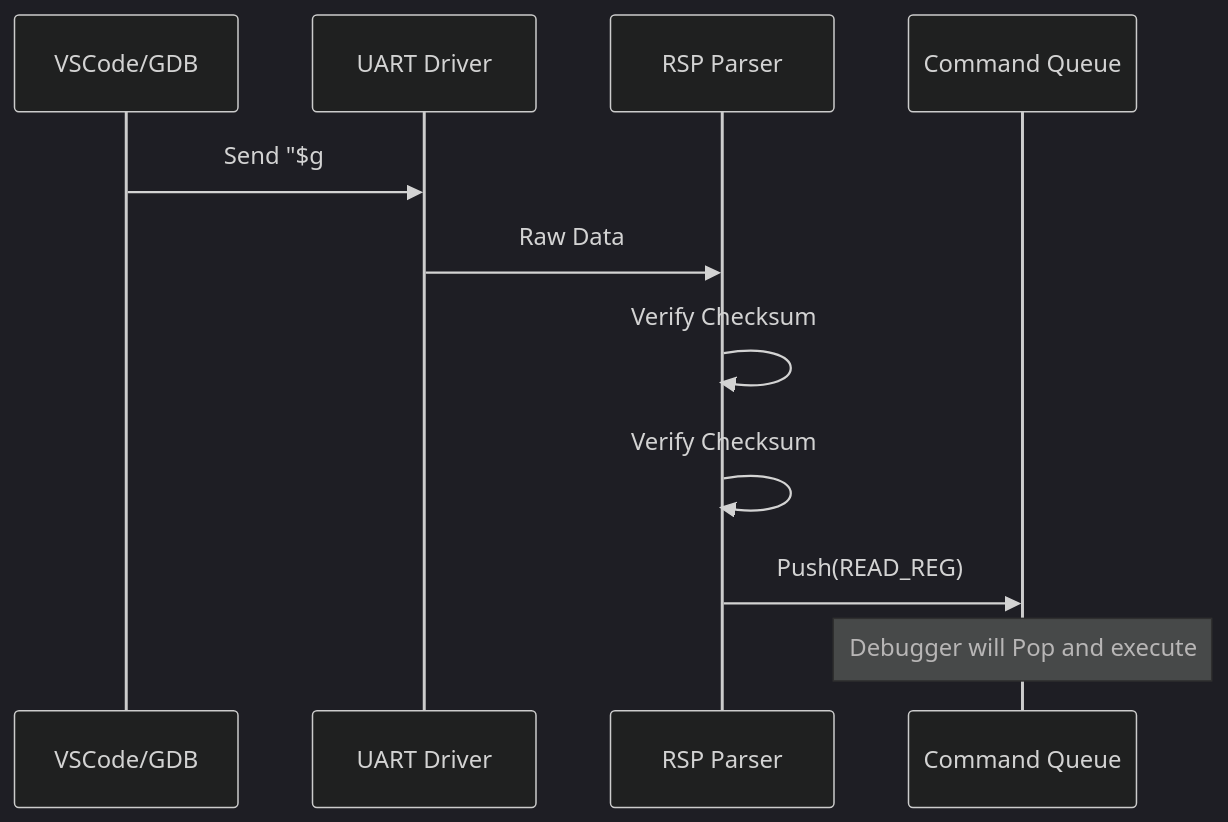
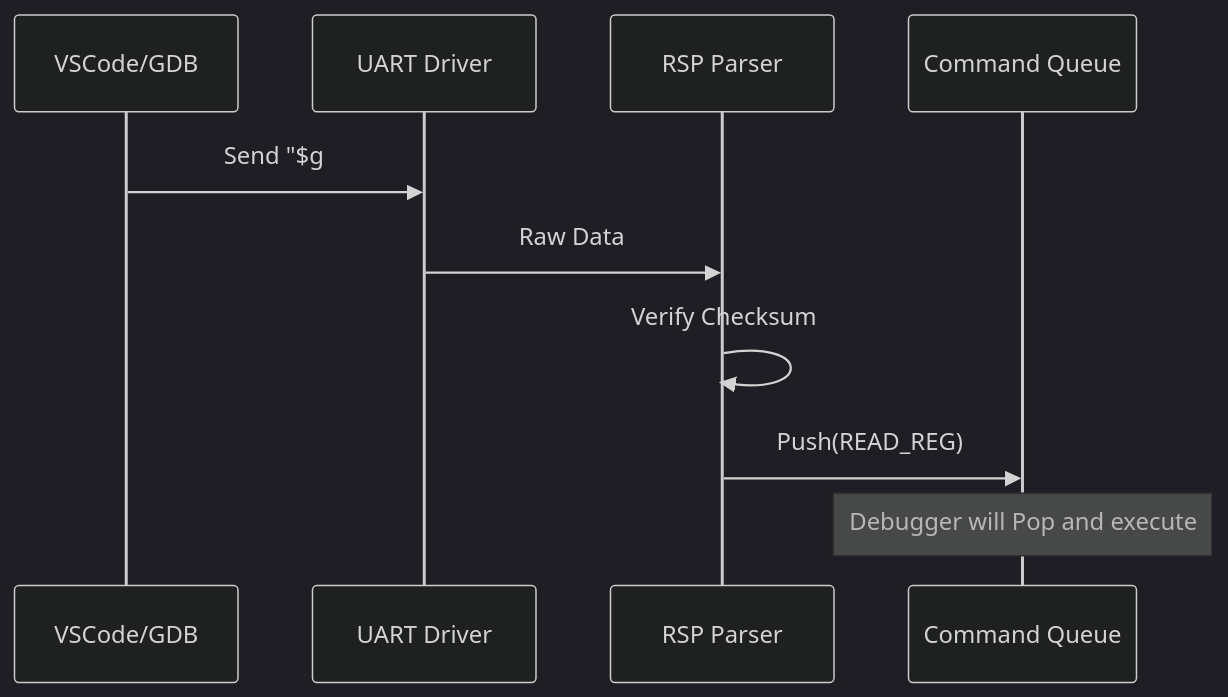
One commit to kmt-t/fireball changed the third of 3 diagrams in docs/components/tier3_platform/platform_hal.md. Above: the diagram before and after it, drawn with Mermaid (dark theme). The commit also changed 1 other file, not shown here.

Commit message:
docs(service): align service isolation terminology and fix sequence diagram in Track 3

````diff
--- a/docs/components/tier3_platform/platform_hal.md
+++ b/docs/components/tier3_platform/platform_hal.md
@@ -77,14 +77,13 @@
 ```mermaid
 sequenceDiagram
     participant Host as VSCode/GDB
     participant UART as UART Driver
     participant RSP as RSP Parser
     participant Q as Command Queue
     
     Host->>UART: Send "$g#67"
     UART->>RSP: Raw Data
     RSP->>RSP: Verify Checksum
-    RSP->>RSP: Verify Checksum
     RSP->>Q: Push(READ_REG)
     Note over Q: Debugger will Pop and execute
 ```
````
